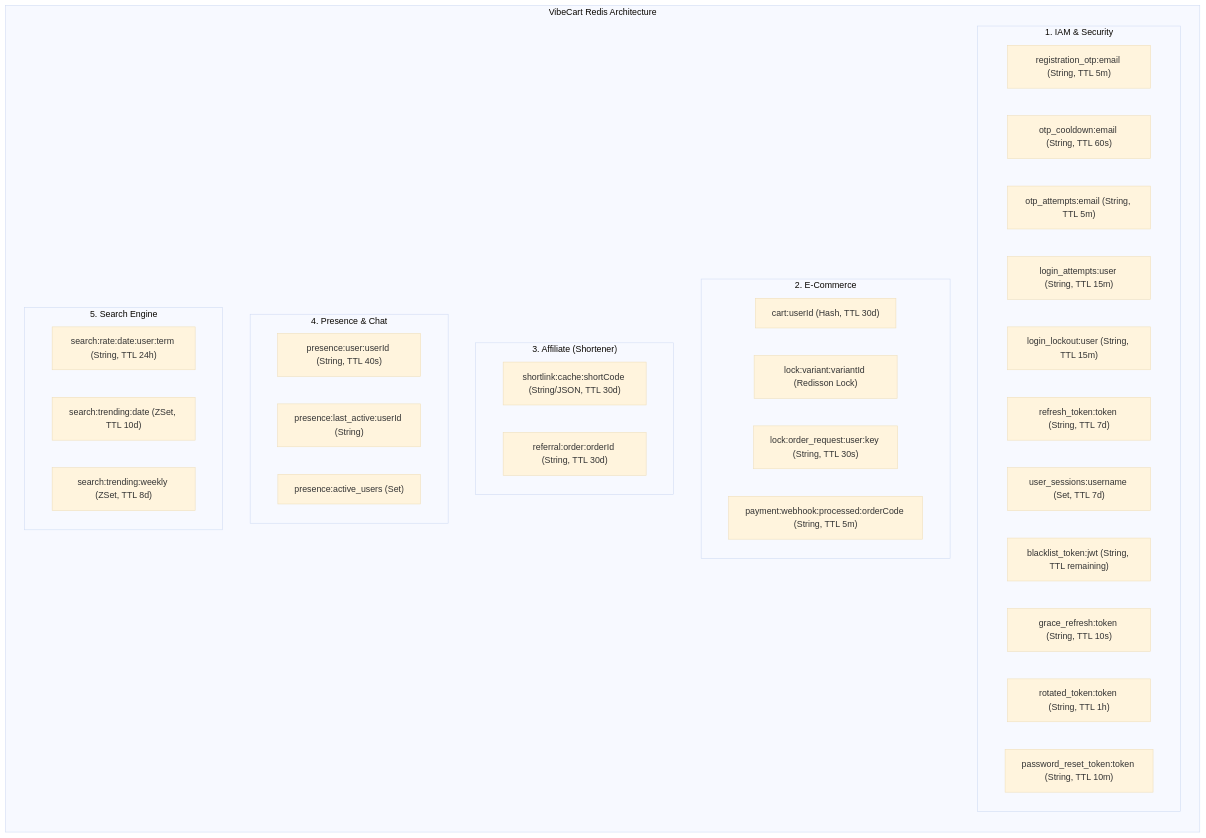
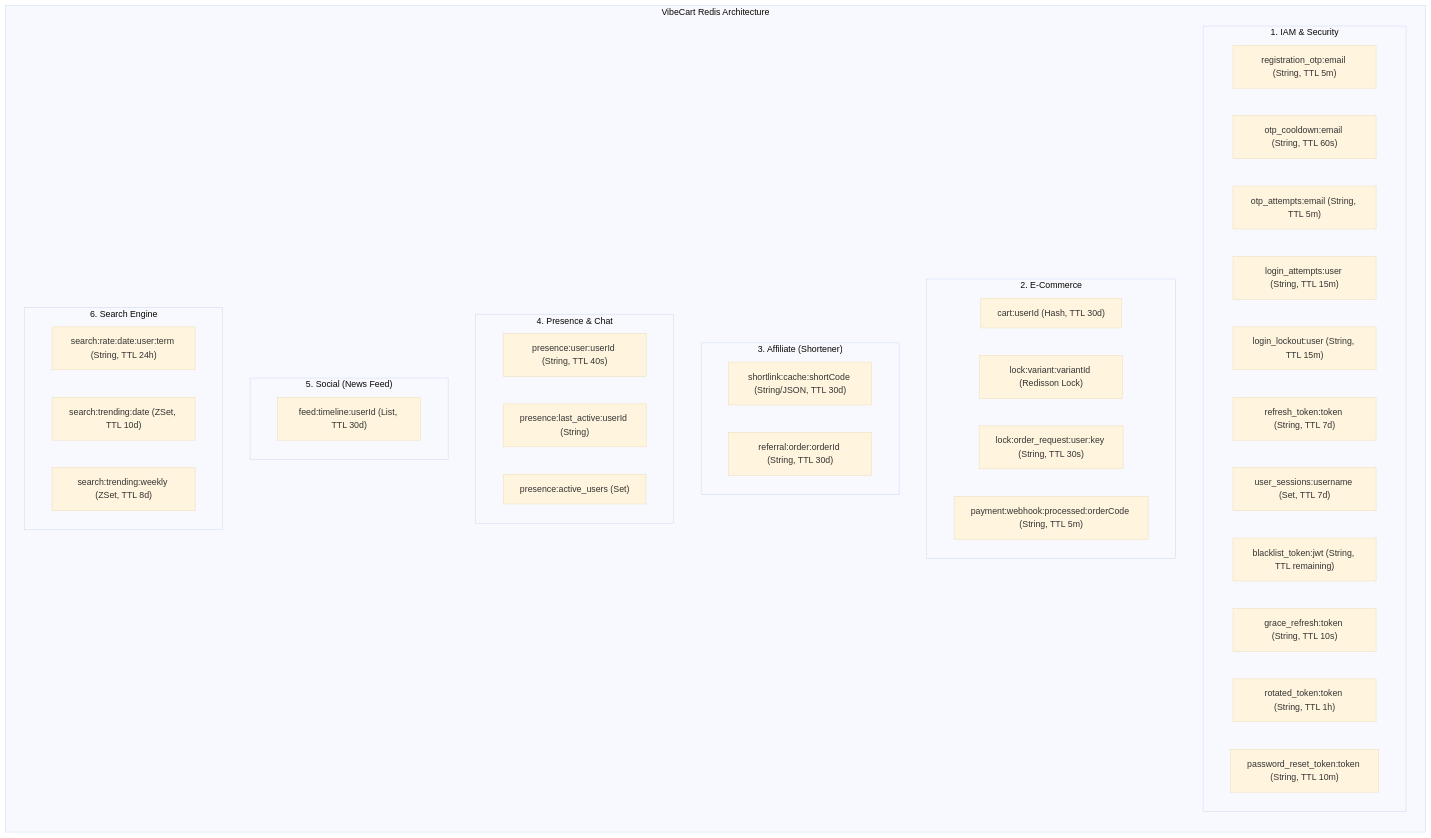
The diagram in docs/technical/09_redis_architecture_design.md (NguyenDucHoangNam/hnam-vibecart), drawn with Mermaid (base theme) before and after one commit. The commit also changed other lines of this file and 8 other files, not shown here.

Commit message:
feat(social): implement FeedFanoutService for social posts and update async/redis configuration

````diff
--- a/docs/technical/09_redis_architecture_design.md
+++ b/docs/technical/09_redis_architecture_design.md
@@ -23,39 +23,42 @@
 ```mermaid
 graph TD
     subgraph "VibeCart Redis Architecture"
         direction TB
         subgraph "1. IAM & Security"
             OTP["registration_otp:email (String, TTL 5m)"]
             OTPC["otp_cooldown:email (String, TTL 60s)"]
             OTPA["otp_attempts:email (String, TTL 5m)"]
             LA["login_attempts:user (String, TTL 15m)"]
             LL["login_lockout:user (String, TTL 15m)"]
             RT["refresh_token:token (String, TTL 7d)"]
             US["user_sessions:username (Set, TTL 7d)"]
             BL["blacklist_token:jwt (String, TTL remaining)"]
             GR["grace_refresh:token (String, TTL 10s)"]
             ROT["rotated_token:token (String, TTL 1h)"]
             PRT["password_reset_token:token (String, TTL 10m)"]
         end
         subgraph "2. E-Commerce"
             CART["cart:userId (Hash, TTL 30d)"]
             DL["lock:variant:variantId (Redisson Lock)"]
             IDM["lock:order_request:user:key (String, TTL 30s)"]
             PWH["payment:webhook:processed:orderCode (String, TTL 5m)"]
         end
         subgraph "3. Affiliate (Shortener)"
             SLC["shortlink:cache:shortCode (String/JSON, TTL 30d)"]
             REF["referral:order:orderId (String, TTL 30d)"]
         end
         subgraph "4. Presence & Chat"
             PRES["presence:user:userId (String, TTL 40s)"]
             LACT["presence:last_active:userId (String)"]
             ASET["presence:active_users (Set)"]
         end
-        subgraph "5. Search Engine"
+        subgraph "5. Social (News Feed)"
+            FTL["feed:timeline:userId (List, TTL 30d)"]
+        end
+        subgraph "6. Search Engine"
             SR["search:rate:date:user:term (String, TTL 24h)"]
             STD["search:trending:date (ZSet, TTL 10d)"]
             STW["search:trending:weekly (ZSet, TTL 8d)"]
         end
     end
 ```
````
